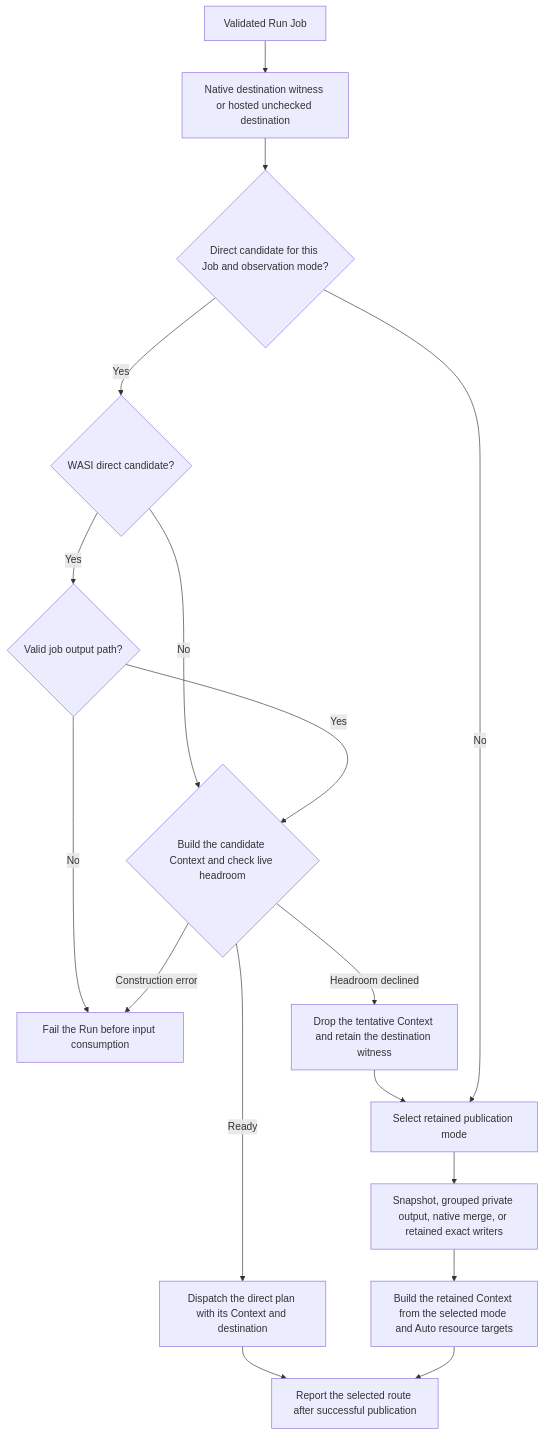
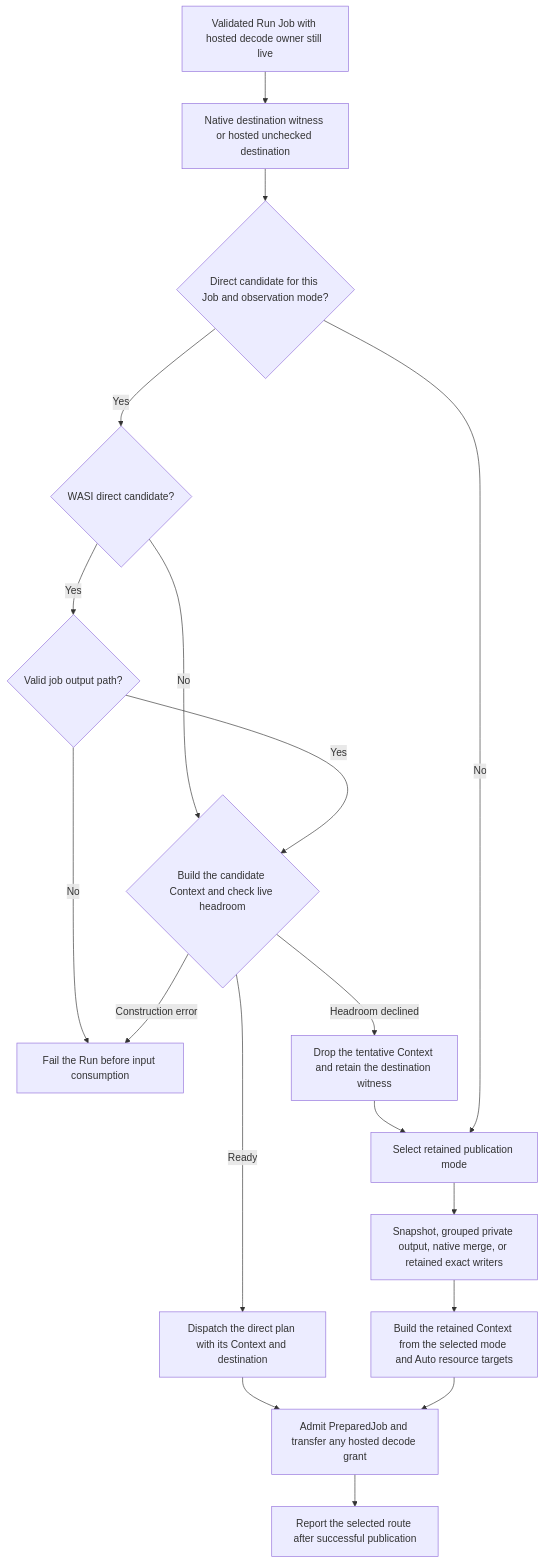
One commit to jsmatfess/chopper changed the second of 17 diagrams in docs/execution-decisions.md. Above: the diagram before and after it, drawn with Mermaid. The commit also changed other lines of this file and 20 other files, not shown here.

Commit message:
Transfer admitted hosted Run jobs into preparation

````diff
--- a/docs/execution-decisions.md
+++ b/docs/execution-decisions.md
@@ -117,19 +117,20 @@
 ```mermaid
 flowchart TD
-    Validated[Validated Run Job] --> Destination[Native destination witness or hosted unchecked destination]
+    Validated[Validated Run Job with hosted decode owner still live] --> Destination[Native destination witness or hosted unchecked destination]
     Destination --> Candidate{Direct candidate for this Job and observation mode?}
     Candidate -->|Yes| Hosted{WASI direct candidate?}
     Hosted -->|Yes| Output{Valid job output path?}
     Hosted -->|No| Context{Build the candidate Context and check live headroom}
     Output -->|Yes| Context
     Output -->|No| Fail
     Context -->|Construction error| Fail[Fail the Run before input consumption]
     Context -->|Ready| Direct[Dispatch the direct plan with its Context and destination]
     Context -->|Headroom declined| Drop[Drop the tentative Context and retain the destination witness]
     Drop --> Retained[Select retained publication mode]
     Candidate -->|No| Retained
     Retained --> Policy[Snapshot, grouped private output, native merge, or retained exact writers]
     Policy --> Process[Build the retained Context from the selected mode and Auto resource targets]
-    Direct --> Report[Report the selected route after successful publication]
-    Process --> Report
+    Direct --> JobAdmission[Admit PreparedJob and transfer any hosted decode grant]
+    Process --> JobAdmission
+    JobAdmission --> Report[Report the selected route after successful publication]
 ```
````
